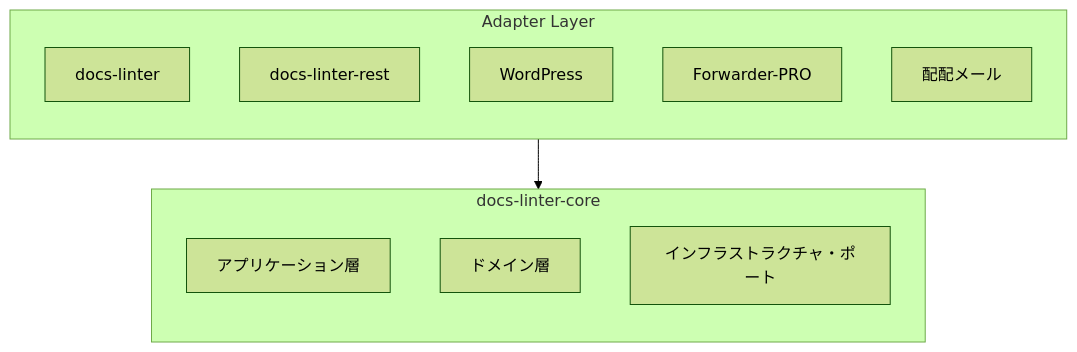
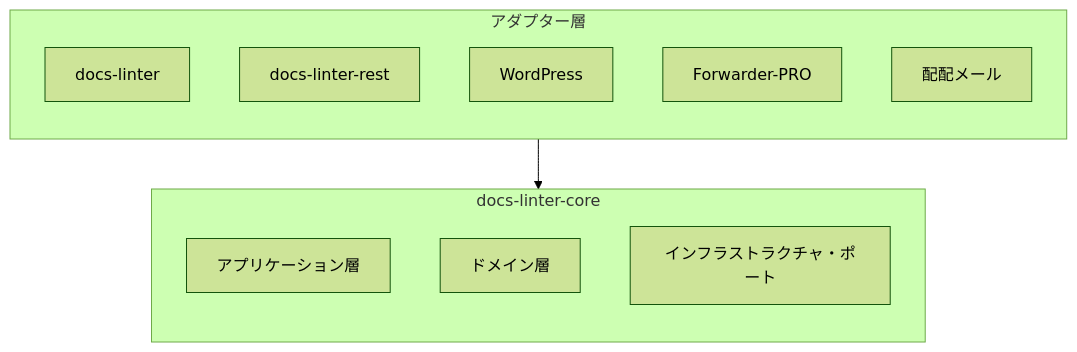
One commit to stein2nd/docs-linter changed the diagram in docsMod/docs-linter-core.md. Above: the diagram before and after it, drawn with Mermaid (forest theme). The commit also changed other lines of this file, not shown here.

````diff
--- a/docsMod/docs-linter-core.md
+++ b/docsMod/docs-linter-core.md
@@ -31,20 +31,20 @@
 ```mermaid
 flowchart TD
-    subgraph AdapterLayer ["Adapter Layer"]
+    subgraph AdapterLayer ["アダプター層"]
         direction TB
         c1["docs-linter"]
         c2["docs-linter-rest"]
         c3["`WordPress`"]
         c4["`Forwarder-PRO`"]
         c5["`配配メール`"]
     end
 
     subgraph core ["docs-linter-core"]
         direction TB
         r1["アプリケーション層"]
         r2["ドメイン層"]
         r3["インフラストラクチャ・ポート"]
     end
 
     AdapterLayer --> core
 ```
````
